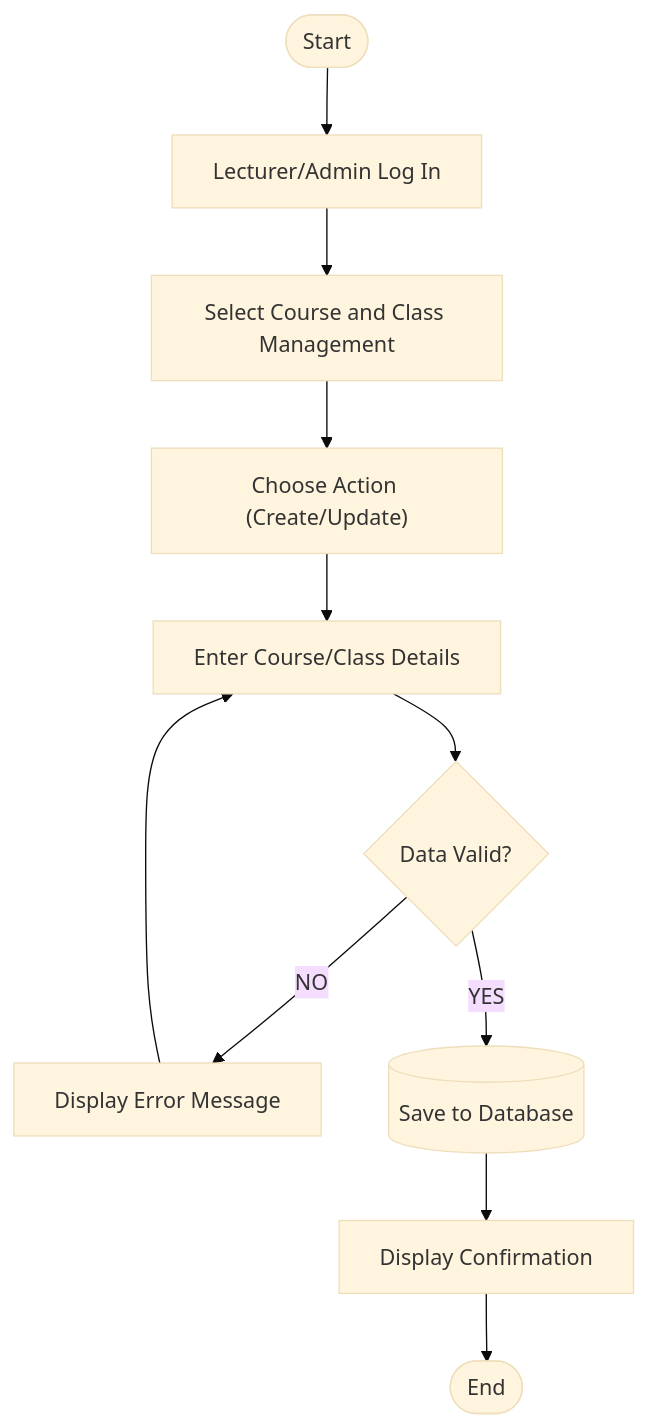
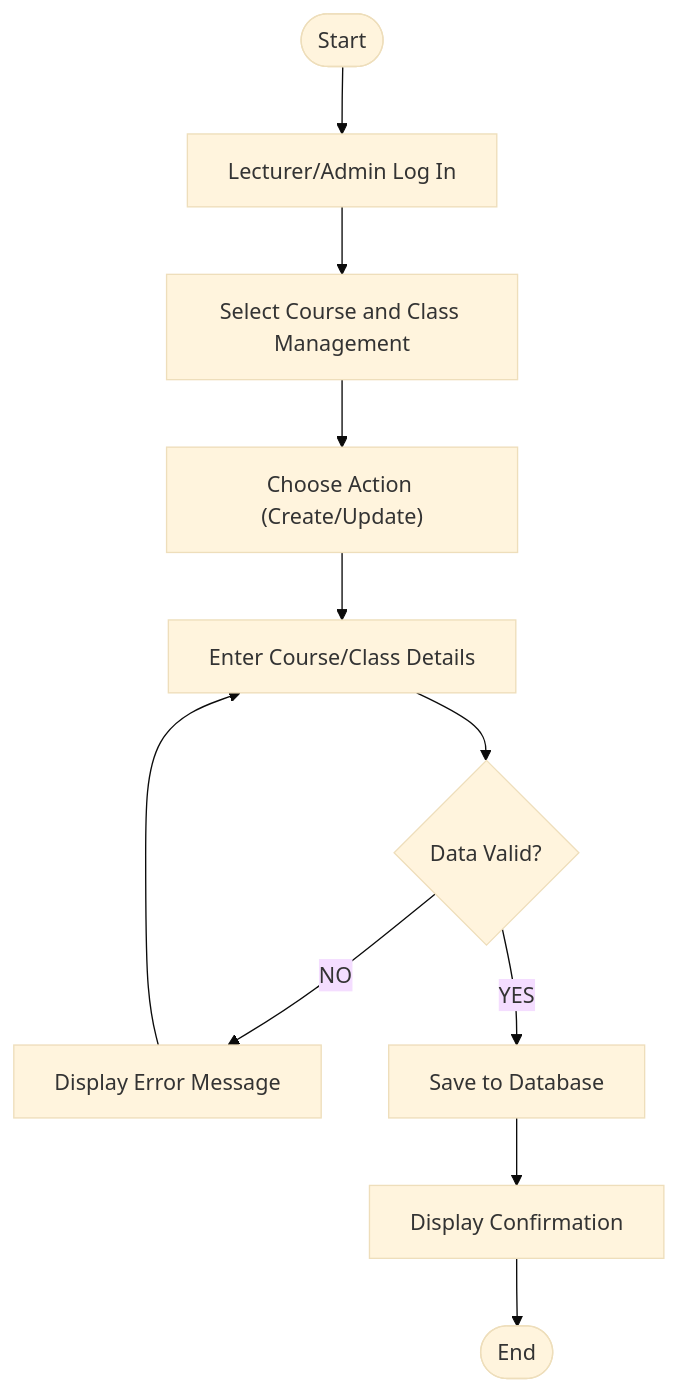
The diagram in FLOWCHART/Course and Class Management.md (marsya777/GROUP-4-), drawn with Mermaid (base theme) before and after one commit.

Commit message:
Update Course and Class Management.md

````diff
--- a/FLOWCHART/Course and Class Management.md
+++ b/FLOWCHART/Course and Class Management.md
@@ -1,15 +1,15 @@
 ```mermaid
 flowchart TD
   Start([Start]) --> A[Lecturer/Admin Log In]
   A --> B[Select Course and Class Management]
   B --> C["Choose Action (Create/Update)"]
   C --> D[Enter Course/Class Details]
   D --> E{Data Valid?}
 
   E -- NO --> F[Display Error Message]
   F --> D
 
-  E -- YES --> G[(Save to Database)]
+  E -- YES --> G[Save to Database]
   G --> H[Display Confirmation]
   H --> End([End])
 ```
````
